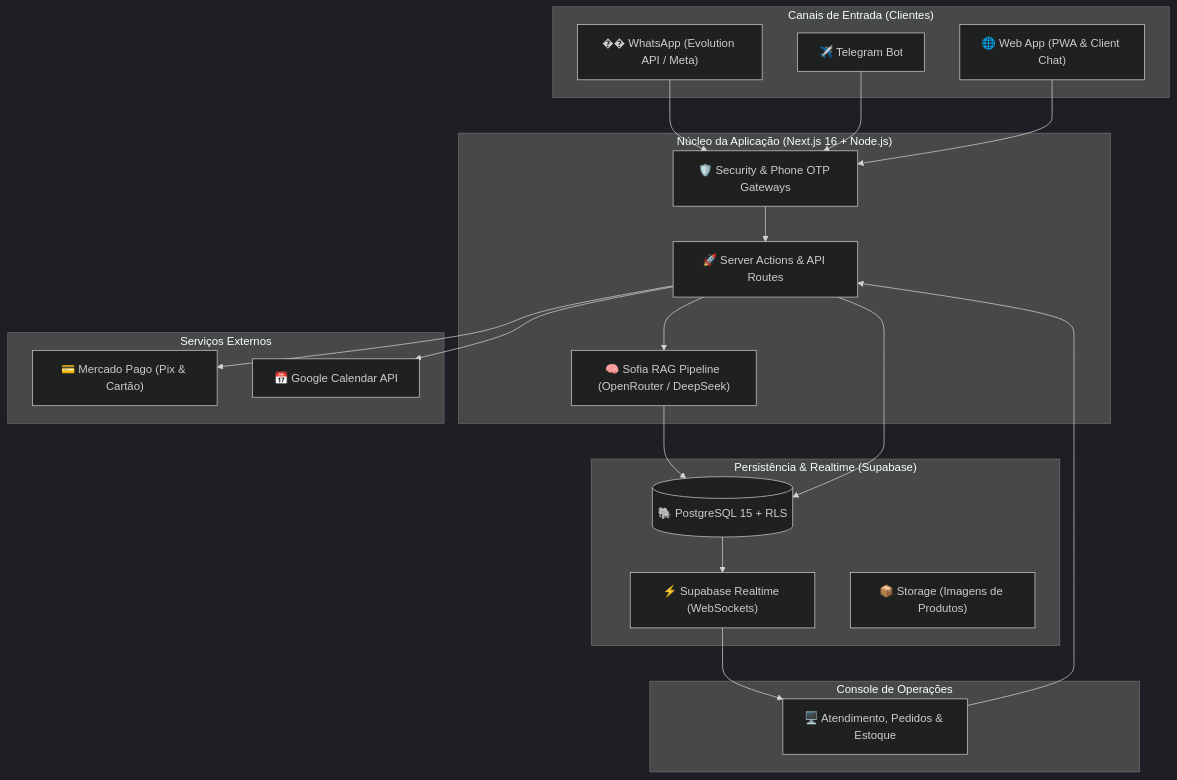
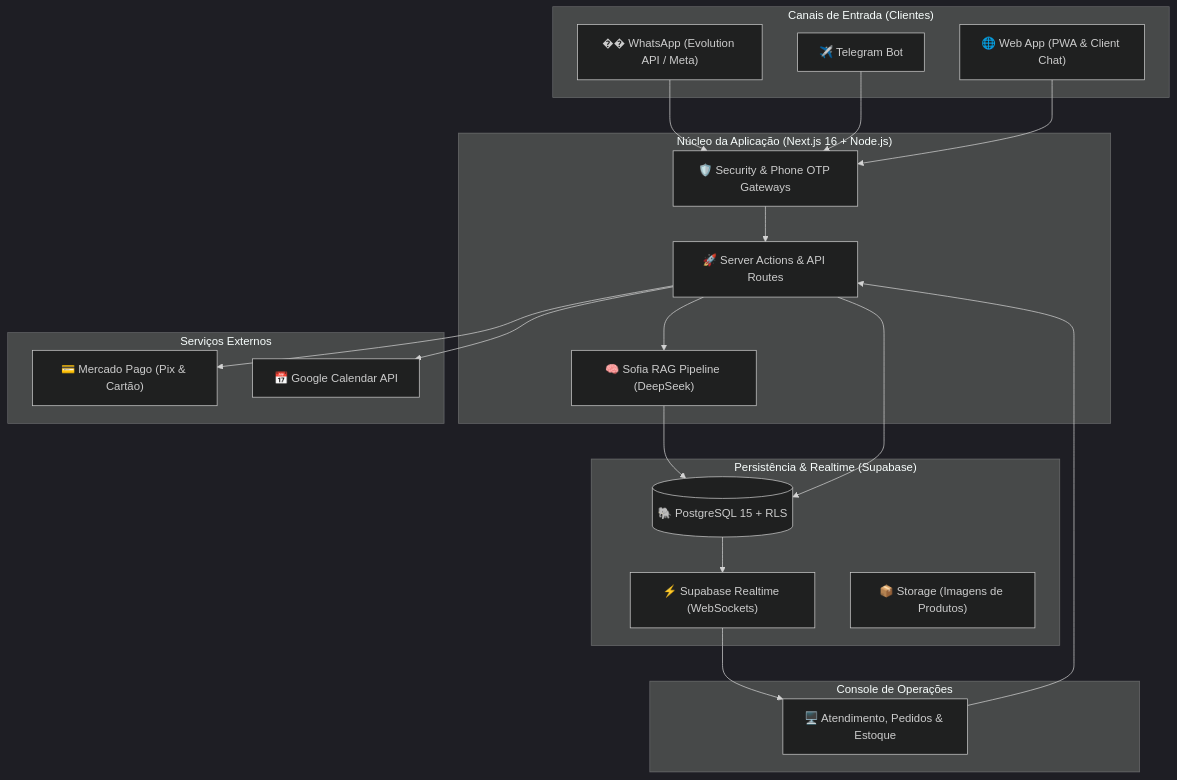
Before and after one commit to wilkin-barban/CRM_Sofia_Manager: the diagram in README.md, drawn with Mermaid (dark theme). The commit also changed other lines of this file and 9 other files, not shown here.

````diff
--- a/README.md
+++ b/README.md
@@ -49,42 +49,42 @@
 ```mermaid
 flowchart TD
     subgraph Canais["Canais de Entrada (Clientes)"]
         WA["�� WhatsApp (Evolution API / Meta)"]
         TG["✈️ Telegram Bot"]
         WEB["🌐 Web App (PWA & Client Chat)"]
     end
 
     subgraph Core["Núcleo da Aplicação (Next.js 16 + Node.js)"]
         SRV["🚀 Server Actions & API Routes"]
-        RAG["🧠 Sofia RAG Pipeline (OpenRouter / DeepSeek)"]
+        RAG["🧠 Sofia RAG Pipeline (DeepSeek)"]
         SEC["🛡️ Security & Phone OTP Gateways"]
     end
 
     subgraph Data["Persistência & Realtime (Supabase)"]
         DB[("🐘 PostgreSQL 15 + RLS")]
         RT["⚡ Supabase Realtime (WebSockets)"]
         STG["📦 Storage (Imagens de Produtos)"]
     end
 
     subgraph Integracoes["Serviços Externos"]
         MP["💳 Mercado Pago (Pix & Cartão)"]
         GCAL["📅 Google Calendar API"]
     end
 
     subgraph Operador["Console de Operações"]
         DASH["🖥️ Atendimento, Pedidos & Estoque"]
     end
 
     WA --> SEC
     TG --> SEC
     WEB --> SEC
     SEC --> SRV
     SRV --> RAG
     RAG --> DB
     SRV --> DB
     DB --> RT
     RT --> DASH
     SRV --> MP
     SRV --> GCAL
     DASH --> SRV
 ```
````
